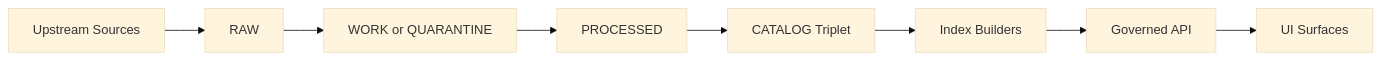
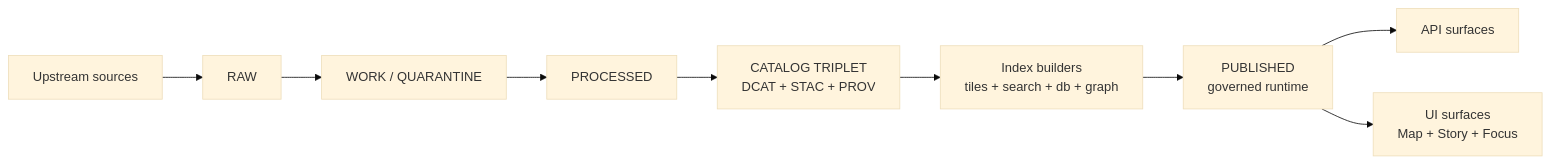
Before and after one commit to bartytime4life/Kansas-Frontier-Matrix: the diagram in data/published/README.md, drawn with Mermaid (base theme). The commit also changed other lines of this file, not shown here.

First line of the commit message:
Revise README for governed-runtime publication surface

````diff
--- a/data/published/README.md
+++ b/data/published/README.md
@@ -62,10 +84,11 @@
-~~~mermaid
+```mermaid
 flowchart LR
-  A[Upstream Sources] --> B[RAW]
-  B --> C[WORK or QUARANTINE]
+  A[Upstream sources] --> B[RAW]
+  B --> C[WORK / QUARANTINE]
   C --> D[PROCESSED]
-  D --> E[CATALOG Triplet]
-  E --> F[Index Builders]
-  F --> G[Governed API]
-  G --> H[UI Surfaces]
-~~~
+  D --> E[CATALOG TRIPLET<br/>DCAT + STAC + PROV]
+  E --> F[Index builders<br/>tiles + search + db + graph]
+  F --> G[PUBLISHED<br/>governed runtime]
+  G --> H[API surfaces]
+  G --> I[UI surfaces<br/>Map + Story + Focus]
+```
````
